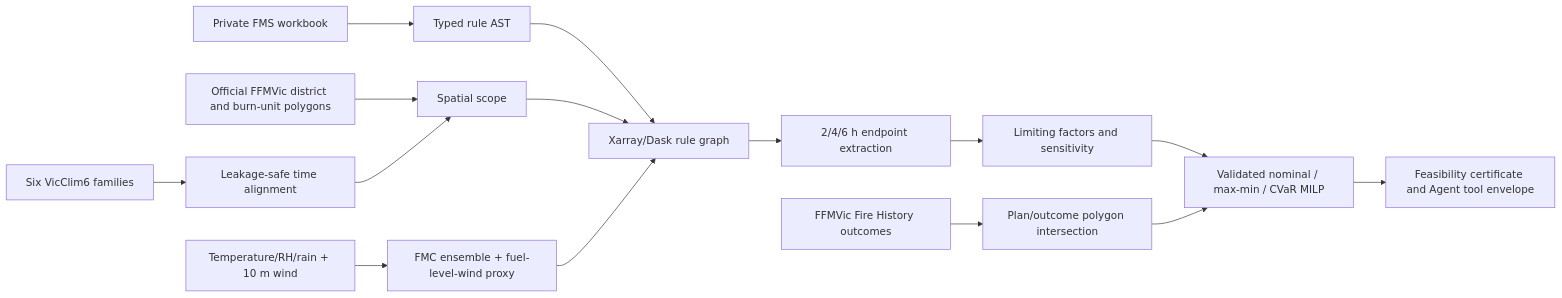
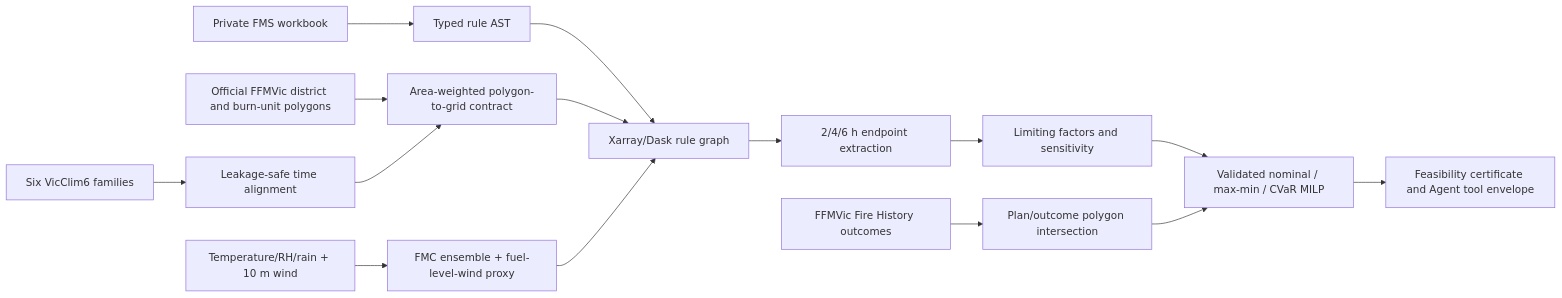
One commit to larry-liyuanfan/wildfire-burn-window-decision-support changed the diagram in README.md. Above: the diagram before and after it, drawn with Mermaid. The commit also changed other lines of this file and 12 other files, not shown here.

First line of the commit message:
Trusted FLARE tool service and verified burn-unit overlay (#10)

````diff
--- a/README.md
+++ b/README.md
@@ -22,16 +22,16 @@
 ```mermaid
 flowchart LR
   W[Private FMS workbook] --> A[Typed rule AST]
   V[Six VicClim6 families] --> T[Leakage-safe time alignment]
-  B[Official FFMVic district and burn-unit polygons] --> S[Spatial scope]
+  B[Official FFMVic district and burn-unit polygons] --> S[Area-weighted polygon-to-grid contract]
   H[FFMVic Fire History outcomes] --> X[Plan/outcome polygon intersection]
   M[Temperature/RH/rain + 10 m wind] --> P[FMC ensemble + fuel-level-wind proxy]
   A --> D[Xarray/Dask rule graph]
   T --> S --> D
   P --> D
   D --> R[2/4/6 h endpoint extraction]
   R --> E[Limiting factors and sensitivity]
   E --> O[Validated nominal / max-min / CVaR MILP]
   X --> O
   O --> C[Feasibility certificate and Agent tool envelope]
 ```
````
